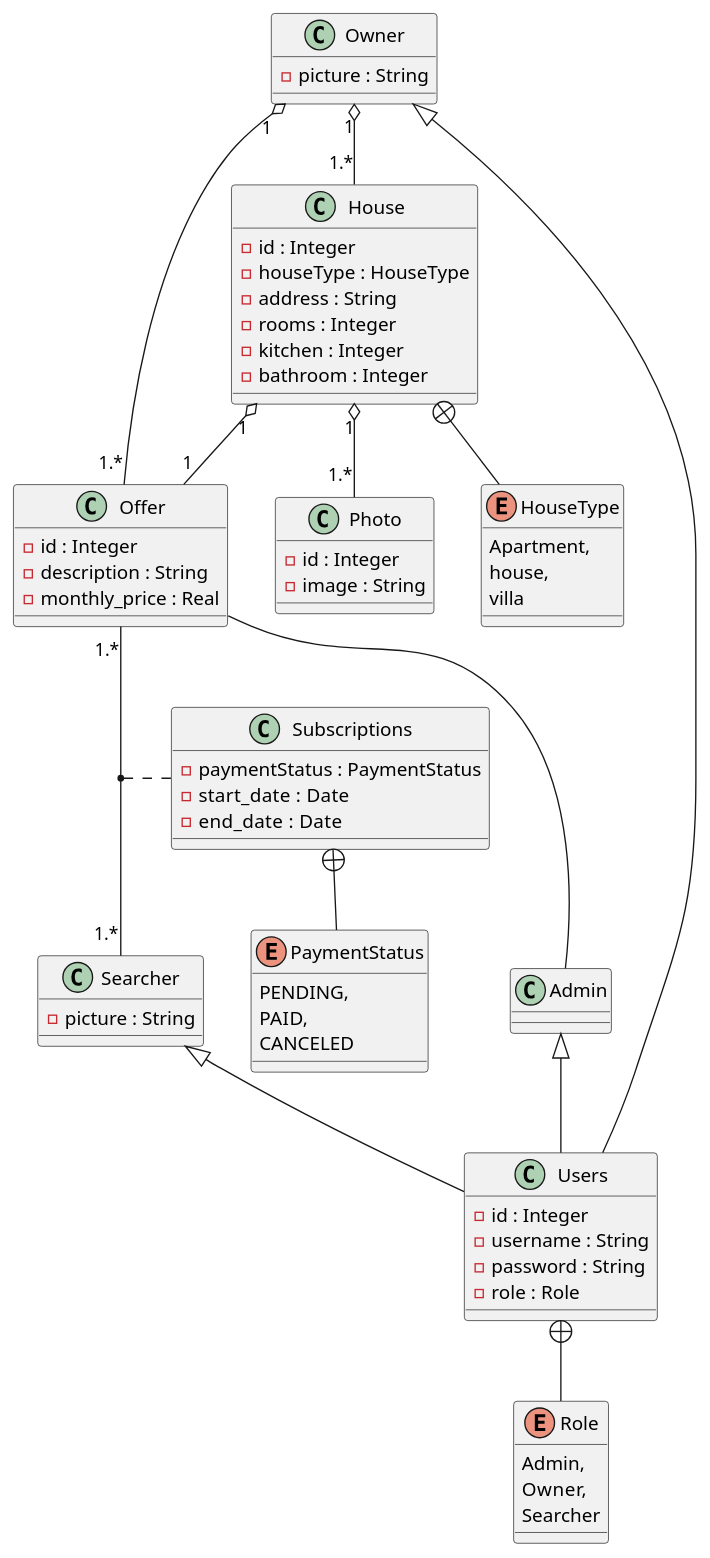
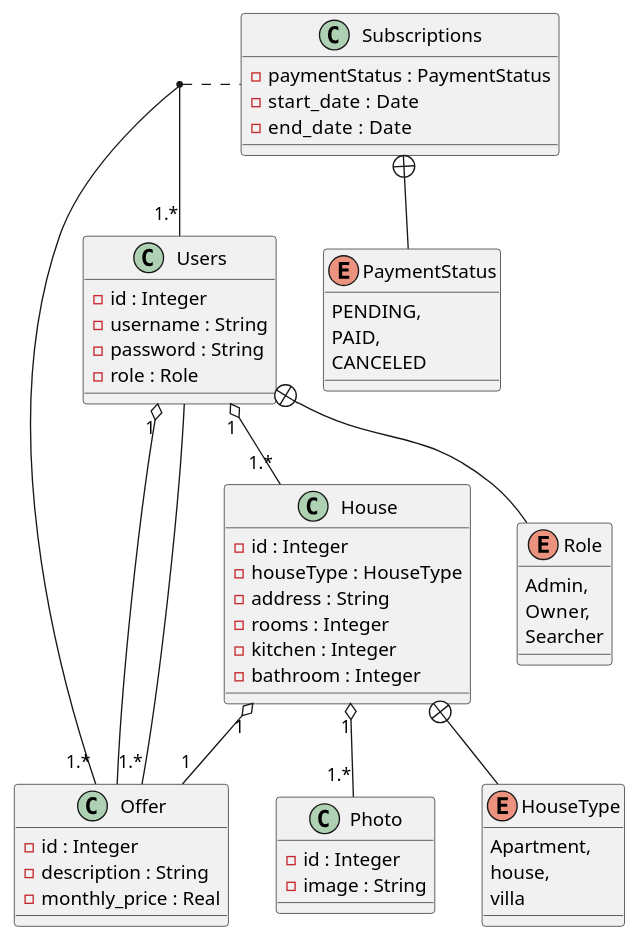
Before and after one commit to mrImad007/ColocHub: the diagram in UML/ClassDiagram.puml, drawn with PlantUML.

Commit message:
Slight changes in the app design

```diff
--- a/UML/ClassDiagram.puml
+++ b/UML/ClassDiagram.puml
@@ -1,89 +1,87 @@
 @startuml
 
 'abstract class Actor {
 '    - memberShip : UUID
 '    - fullName : String
 '    - memberShipDate : Date
 '    - email : String
 '    - password : String
 '    - address : String
 '}
-class Owner {
-    - picture : String
-}
-
-class Searcher {
-    - picture : String
-}
-
-class Admin {}
+'class Owner {
+'    - picture : String
+'}
+'
+'class Searcher {
+'    - picture : String
+'}
+'
+'class Admin {}
 
 
 class Offer {
     - id : Integer
     - description : String
     - monthly_price : Real
 }
 
 class House {
     - id : Integer
     - houseType : HouseType
     - address : String
     - rooms : Integer
     - kitchen : Integer
     - bathroom : Integer
 }
 
 class Photo {
     - id : Integer
     - image : String
 }
 
 class Subscriptions {
     - paymentStatus : PaymentStatus
     - start_date :  Date
     - end_date :  Date
 }
 
 
 enum Role {
     Admin,
     Owner,
     Searcher
 }
 
 enum HouseType {
     Apartment,
     house,
     villa
 }
 
 enum PaymentStatus {
     PENDING,
     PAID,
     CANCELED
 }
 
 class Users {
     - id : Integer
     - username : String
     - password : String
     - role : Role
 }
 
-Owner <|-- Users
-Searcher <|-- Users
-Admin <|-- Users
+
 
 Users +-- Role
 House +-- HouseType
 Subscriptions +-- PaymentStatus
-Offer "1.*" -- "1.*" Searcher
-(Searcher,Offer) .. Subscriptions
+Offer "1.*" -- "1.*" Users
+(Users,Offer) .. Subscriptions
 House "1" o-- "1.*" Photo
-Offer -- Admin
-Owner "1" o-- "1.*" House
+Offer -- Users
+Users "1" o-- "1.*" House
 House "1" o-- "1" Offer
-Owner "1" o-- "1.*" Offer
+Users "1" o-- "1.*" Offer
 
 @enduml
```
